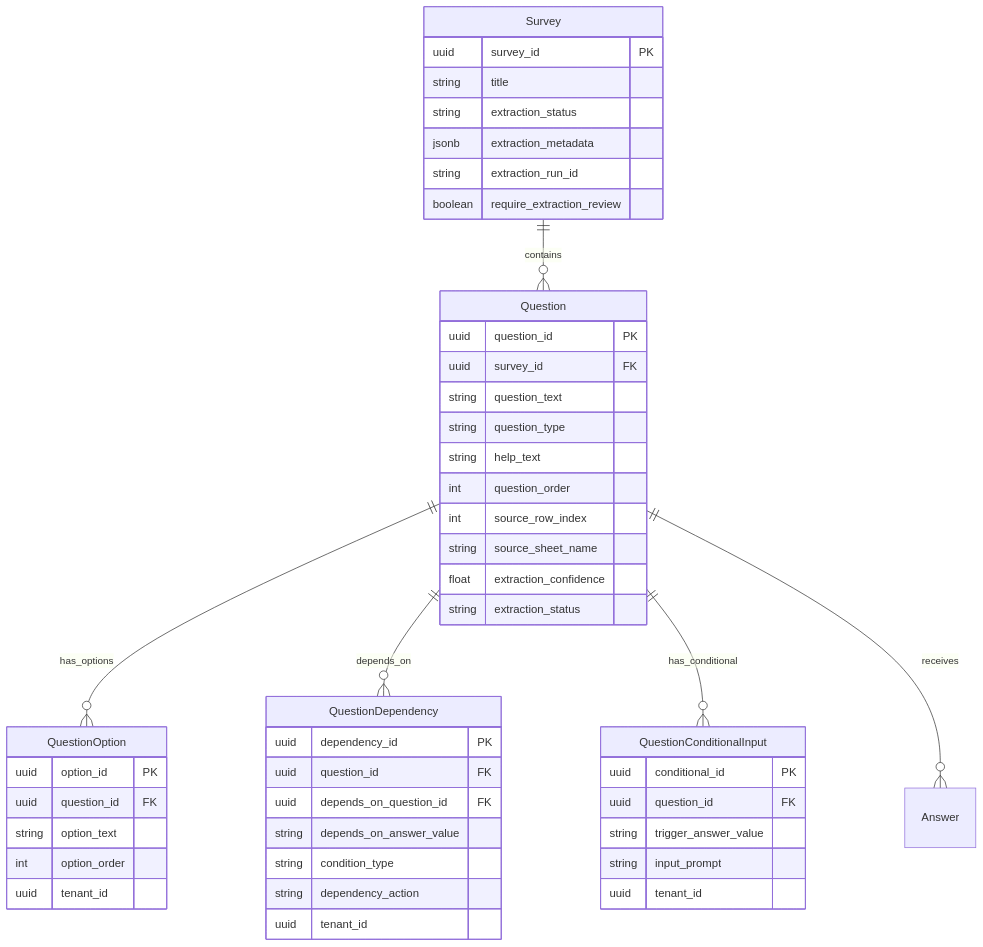
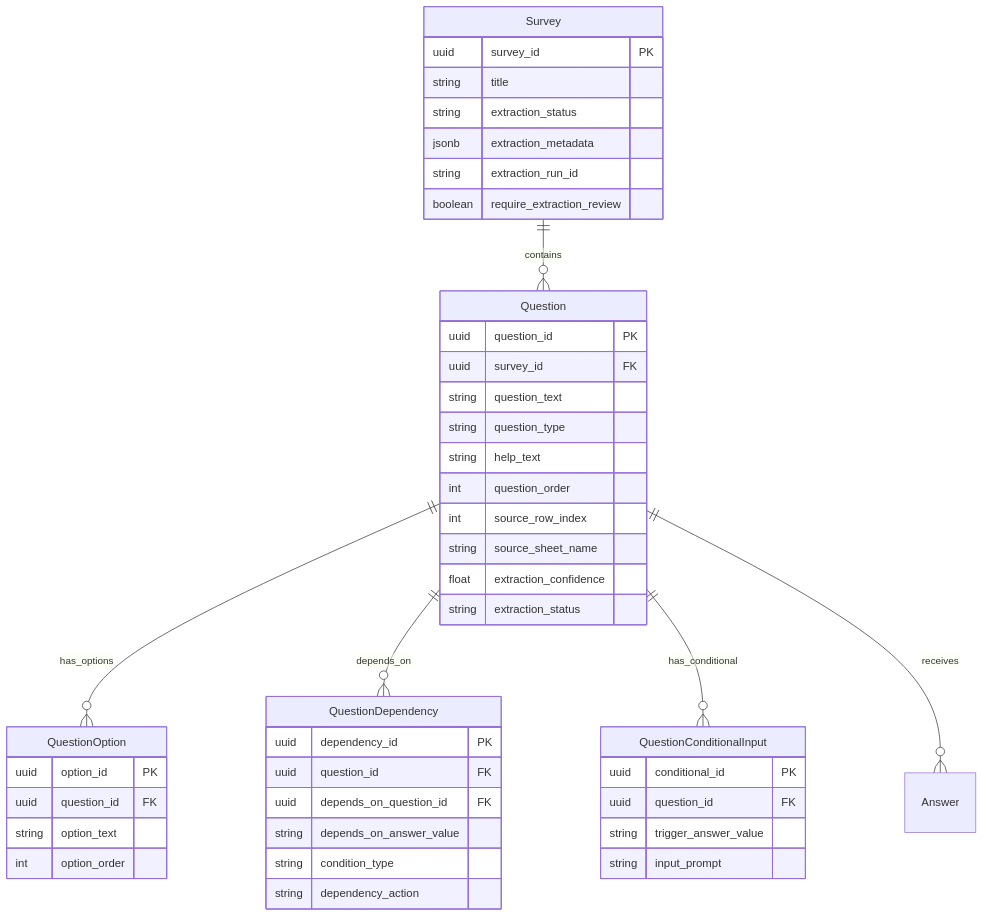
One commit to dil-pkoppany/advanced-question-extraction-poc changed the diagram in TICKET_DB_MIGRATION_AND_MODELS.md. Above: the diagram before and after it, drawn with Mermaid. The commit also changed other lines of this file and 2 other files, not shown here.

Commit message:
Remove tenant id

````diff
--- a/TICKET_DB_MIGRATION_AND_MODELS.md
+++ b/TICKET_DB_MIGRATION_AND_MODELS.md
@@ -59,56 +59,53 @@
 ```mermaid
 erDiagram
     Survey ||--o{ Question : contains
     Question ||--o{ QuestionOption : has_options
     Question ||--o{ QuestionDependency : depends_on
     Question ||--o{ QuestionConditionalInput : has_conditional
     Question ||--o{ Answer : receives
 
     Survey {
         uuid survey_id PK
         string title
         string extraction_status
         jsonb extraction_metadata
         string extraction_run_id
         boolean require_extraction_review
     }
 
     Question {
         uuid question_id PK
         uuid survey_id FK
         string question_text
         string question_type
         string help_text
         int question_order
         int source_row_index
         string source_sheet_name
         float extraction_confidence
         string extraction_status
     }
 
     QuestionOption {
         uuid option_id PK
         uuid question_id FK
         string option_text
         int option_order
-        uuid tenant_id
     }
 
     QuestionDependency {
         uuid dependency_id PK
         uuid question_id FK
         uuid depends_on_question_id FK
         string depends_on_answer_value
         string condition_type
         string dependency_action
-        uuid tenant_id
     }
 
     QuestionConditionalInput {
         uuid conditional_id PK
         uuid question_id FK
         string trigger_answer_value
         string input_prompt
-        uuid tenant_id
     }
 ```
````
